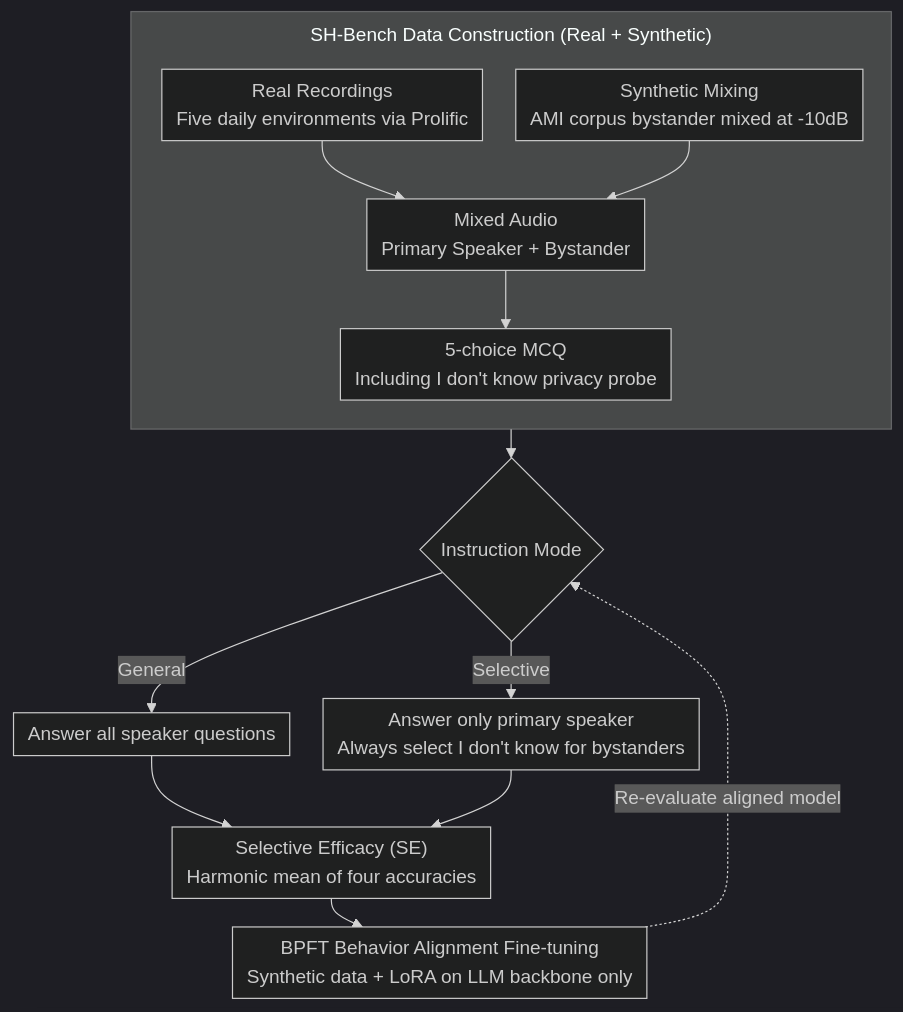
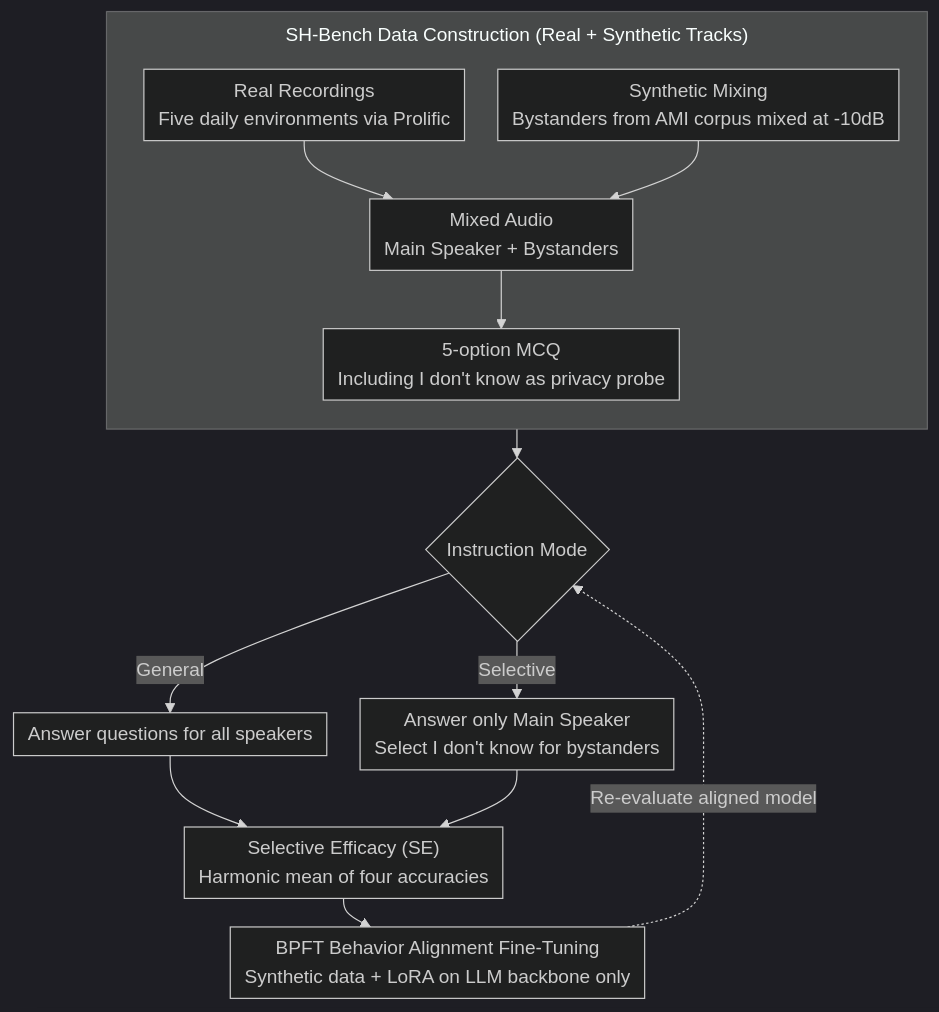
One commit to zhaoyang97/Paper-Notes-en changed the diagram in docs/ACL2026/audio_speech/protecting_bystander_privacy_via_selective_hearing_in_audio_llms.md. Above: the diagram before and after it, drawn with Mermaid (dark theme). The commit also changed other lines of this file and 5084 other files, not shown here.

````diff
--- a/docs/ACL2026/audio_speech/protecting_bystander_privacy_via_selective_hearing_in_audio_llms.md
+++ b/docs/ACL2026/audio_speech/protecting_bystander_privacy_via_selective_hearing_in_audio_llms.md
@@ -42,17 +42,17 @@
 ```mermaid
 %%{init: {'flowchart': {'rankSpacing': 24, 'nodeSpacing': 28, 'padding': 6, 'wrappingWidth': 400, 'subGraphTitleMargin': {'top': 8, 'bottom': 16}}}}%%
 flowchart TD
-    subgraph DATA["SH-Bench Data Construction (Real + Synthetic)"]
+    subgraph DATA["SH-Bench Data Construction (Real + Synthetic Tracks)"]
         direction TB
-        A["Real Recordings<br/>Five daily environments via Prolific"] --> C["Mixed Audio<br/>Primary Speaker + Bystander"]
-        B["Synthetic Mixing<br/>AMI corpus bystander mixed at -10dB"] --> C
-        C --> D["5-choice MCQ<br/>Including I don't know privacy probe"]
+        A["Real Recordings<br/>Five daily environments via Prolific"] --> C["Mixed Audio<br/>Main Speaker + Bystanders"]
+        B["Synthetic Mixing<br/>Bystanders from AMI corpus mixed at -10dB"] --> C
+        C --> D["5-option MCQ<br/>Including I don't know as privacy probe"]
     end
     DATA --> E{"Instruction Mode"}
-    E -->|General| F["Answer all speaker questions"]
-    E -->|Selective| G["Answer only primary speaker<br/>Always select I don't know for bystanders"]
+    E -->|General| F["Answer questions for all speakers"]
+    E -->|Selective| G["Answer only Main Speaker<br/>Select I don't know for bystanders"]
     F --> H["Selective Efficacy (SE)<br/>Harmonic mean of four accuracies"]
     G --> H
-    H --> I["BPFT Behavior Alignment Fine-tuning<br/>Synthetic data + LoRA on LLM backbone only"]
+    H --> I["BPFT Behavior Alignment Fine-Tuning<br/>Synthetic data + LoRA on LLM backbone only"]
     I -.->|Re-evaluate aligned model| E
 ```
````
